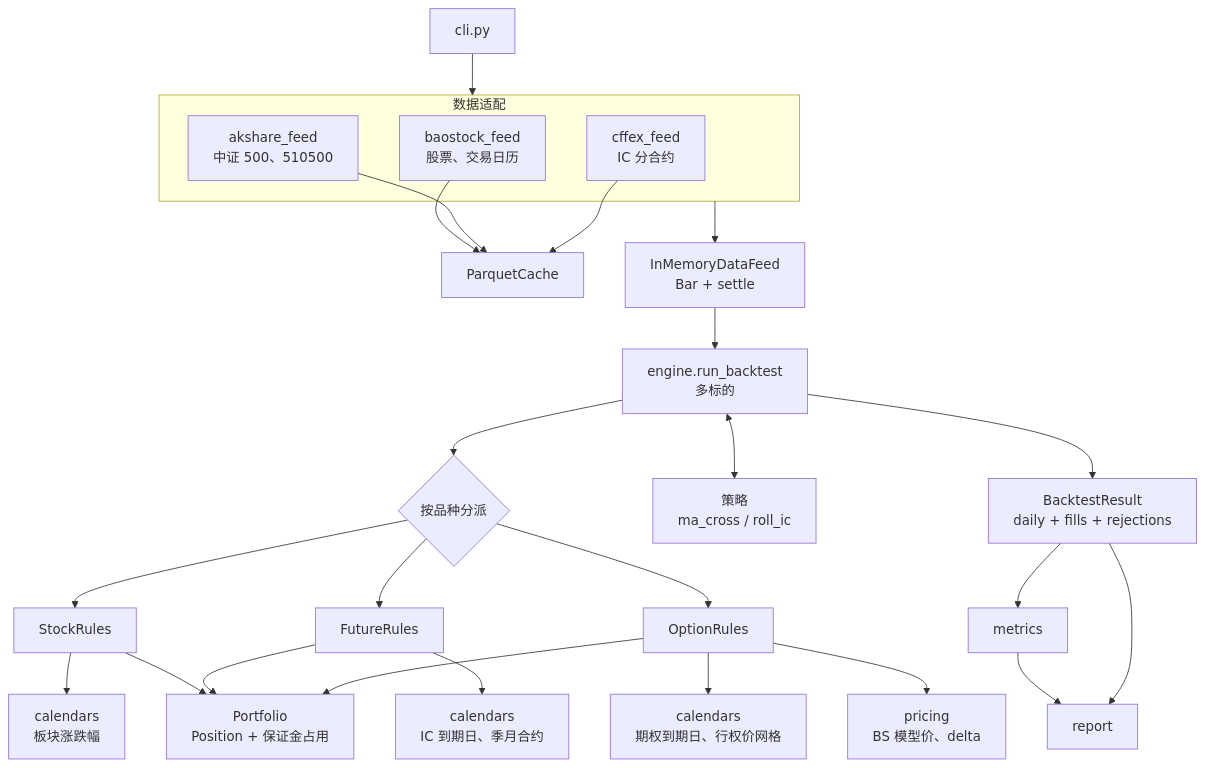
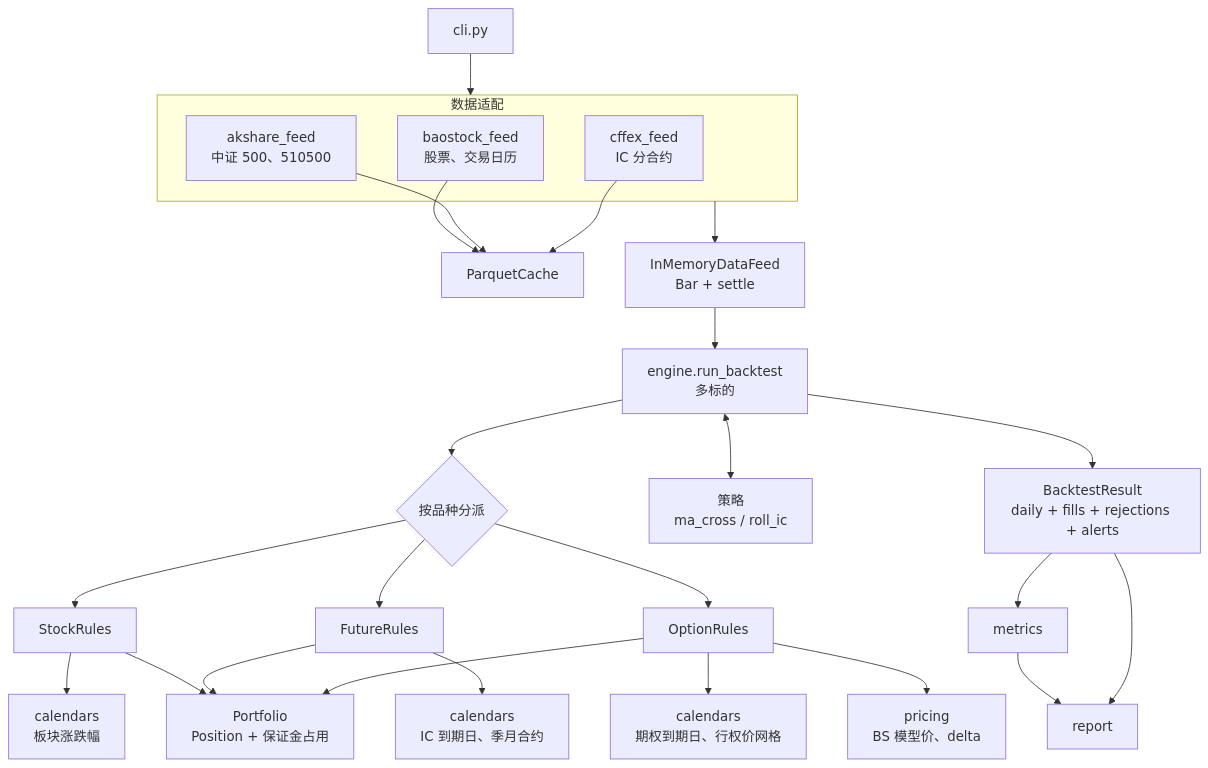
One commit to guevara12345/quant changed the first of 8 diagrams in docs/design.md. Above: the diagram before and after it, drawn with Mermaid. The commit also changed other lines of this file and 1 other file, not shown here.

````diff
--- a/docs/design.md
+++ b/docs/design.md
@@ -68,29 +68,29 @@
 ```mermaid
 flowchart TD
     CLI[cli.py] --> Loaders
     subgraph Loaders[数据适配]
         BAO[baostock_feed<br/>股票、交易日历]
         AK[akshare_feed<br/>中证 500、510500]
         CF[cffex_feed<br/>IC 分合约]
     end
     BAO --> Cache[ParquetCache]
     AK --> Cache
     CF --> Cache
     Loaders --> Feed["InMemoryDataFeed<br/>Bar + settle"]
     Feed --> Engine[engine.run_backtest<br/>多标的]
     Engine --> Dispatch{按品种分派}
     Dispatch --> SR[StockRules]
     Dispatch --> FR[FutureRules]
     Dispatch --> OR[OptionRules]
     SR --> Cal[calendars<br/>板块涨跌幅]
     FR --> Cal2[calendars<br/>IC 到期日、季月合约]
     OR --> Cal3[calendars<br/>期权到期日、行权价网格]
     OR --> PR[pricing<br/>BS 模型价、delta]
     SR --> PF[Portfolio<br/>Position + 保证金占用]
     FR --> PF
     OR --> PF
     Engine <--> STR["策略<br/>ma_cross / roll_ic"]
-    Engine --> RES["BacktestResult<br/>daily + fills + rejections"]
+    Engine --> RES["BacktestResult<br/>daily + fills + rejections + alerts"]
     RES --> MET[metrics] --> REP[report]
     RES --> REP
 ```
````
